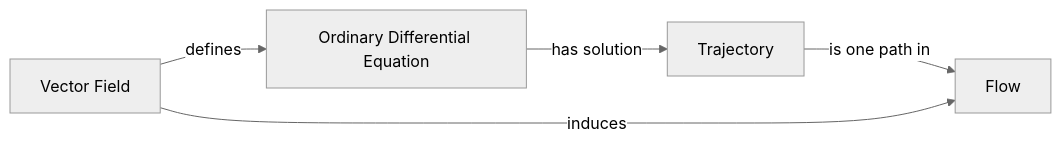
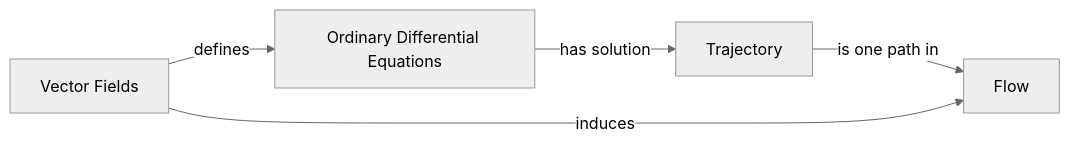
The diagram in docs/course/cs/mit6s184/lec01.md (cxzhou35/notebook), drawn with Mermaid (neutral theme) before and after one commit. The commit also changed other lines of this file, not shown here.

````diff
--- a/docs/course/cs/mit6s184/lec01.md
+++ b/docs/course/cs/mit6s184/lec01.md
@@ -62,7 +62,7 @@
 ```mermaid
 graph LR
-    VF[Vector Field] -->|defines| ODE[Ordinary Differential Equation]
-    ODE -->|has solution| T[Trajectory]
+    VF[Vector Fields] -->|defines| ODEs[Ordinary Differential Equations]
+    ODEs -->|has solution| T[Trajectory]
     T -->|is one path in| F[Flow]
     VF -->|induces| F
 ```
````
